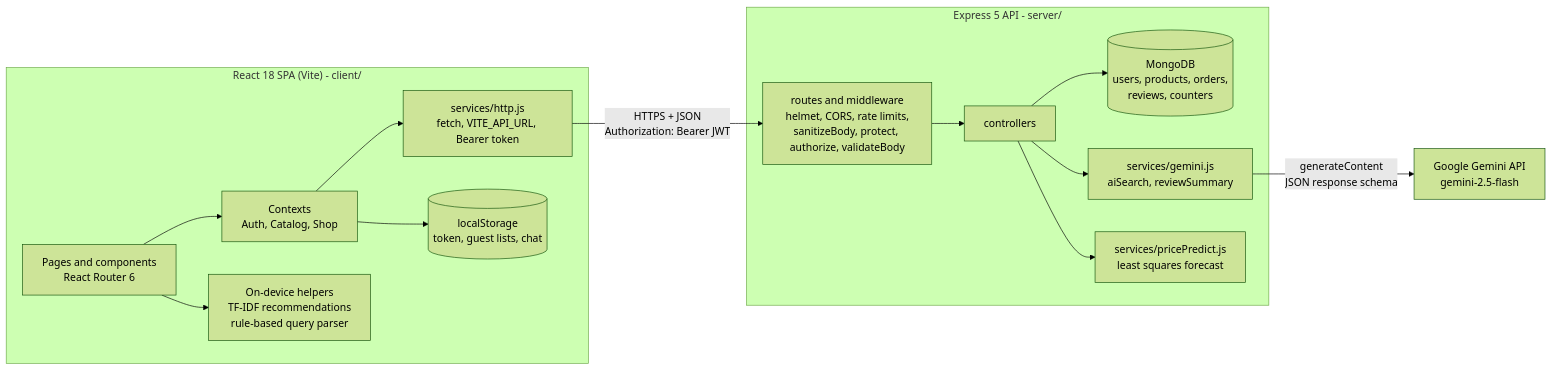
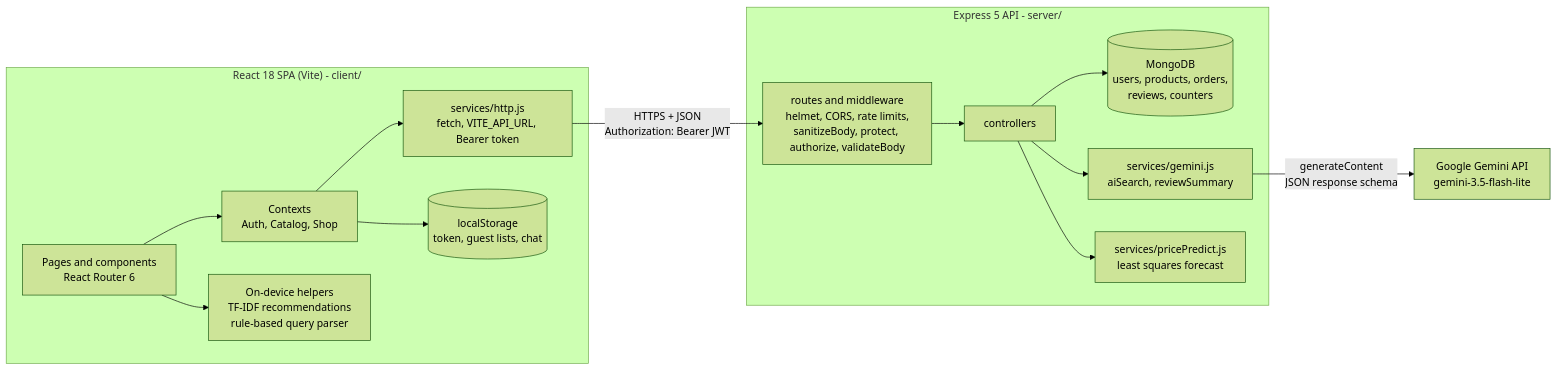
The diagram in README.md (fathimakh/ShopSmart-Capstone), drawn with Mermaid (forest theme) before and after one commit. The commit also changed other lines of this file and 9 other files, not shown here.

Commit message:
Default to gemini-3.5-flash-lite, as Google shuts gemini-2.5-flash down on 1 December 2026

````diff
--- a/README.md
+++ b/README.md
@@ -175,17 +177,17 @@
 ```mermaid
 flowchart LR
     subgraph Browser["React 18 SPA (Vite) - client/"]
         UI["Pages and components<br/>React Router 6"] --> CTX["Contexts<br/>Auth, Catalog, Shop"]
         CTX --> HTTP["services/http.js<br/>fetch, VITE_API_URL, Bearer token"]
         UI --> LOCAL["On-device helpers<br/>TF-IDF recommendations<br/>rule-based query parser"]
         CTX --> LS[("localStorage<br/>token, guest lists, chat")]
     end
     HTTP -->|"HTTPS + JSON<br/>Authorization: Bearer JWT"| API
     subgraph Server["Express 5 API - server/"]
         API["routes and middleware<br/>helmet, CORS, rate limits,<br/>sanitizeBody, protect, authorize, validateBody"] --> C["controllers"]
         C --> M[("MongoDB<br/>users, products, orders,<br/>reviews, counters")]
         C --> AI["services/gemini.js<br/>aiSearch, reviewSummary"]
         C --> PP["services/pricePredict.js<br/>least squares forecast"]
     end
-    AI -->|"generateContent<br/>JSON response schema"| G["Google Gemini API<br/>gemini-2.5-flash"]
+    AI -->|"generateContent<br/>JSON response schema"| G["Google Gemini API<br/>gemini-3.5-flash-lite"]
 ```
````
